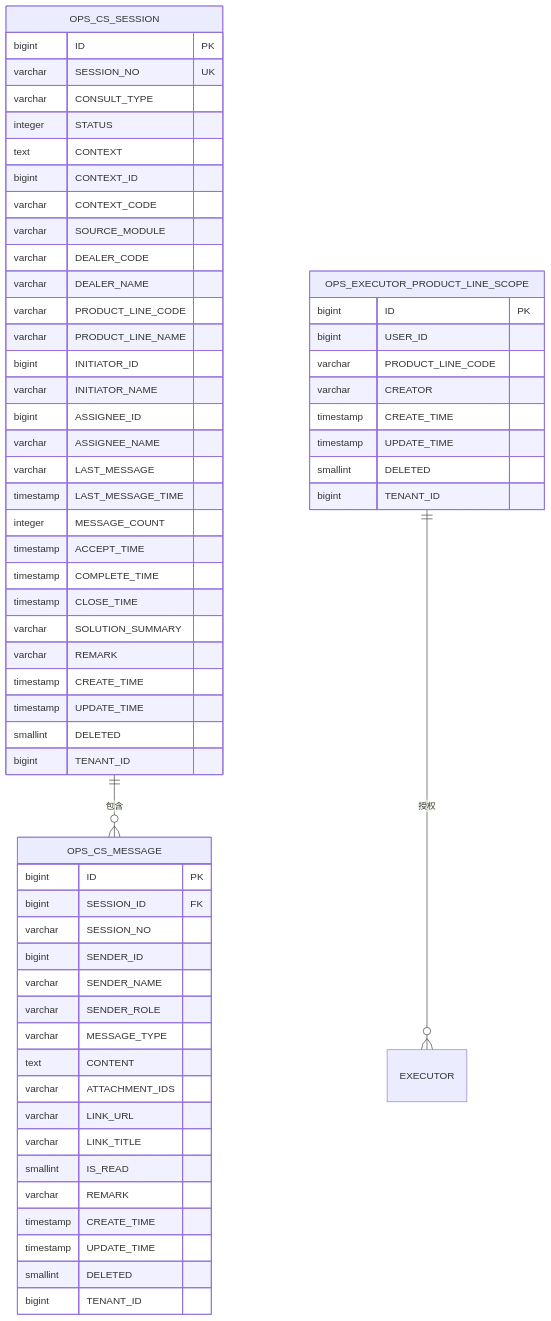
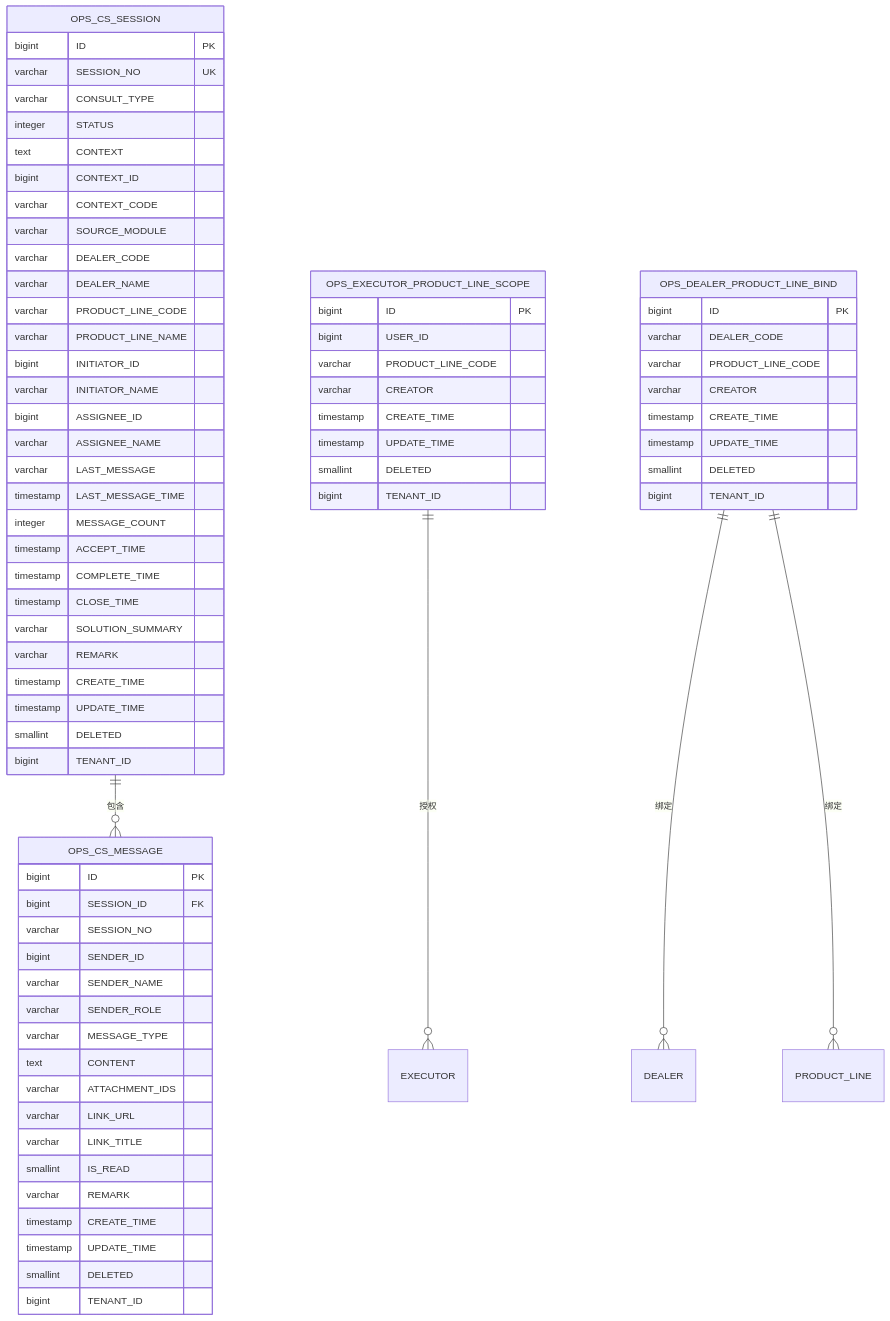
Diagram 27 of 48 in .qoder/repowiki/zh/content/核心模块/客户服务模块.md (xiaoche80s-tech/rouyi-vue-pro), drawn with Mermaid before and after one commit. The commit also changed other lines of this file and 977 other files, not shown here.

````diff
--- a/.qoder/repowiki/zh/content/核心模块/客户服务模块.md
+++ b/.qoder/repowiki/zh/content/核心模块/客户服务模块.md
@@ -1420,64 +1548,76 @@
 ```mermaid
 erDiagram
 OPS_CS_SESSION {
 bigint ID PK
 varchar SESSION_NO UK
 varchar CONSULT_TYPE
 integer STATUS
 text CONTEXT
 bigint CONTEXT_ID
 varchar CONTEXT_CODE
 varchar SOURCE_MODULE
 varchar DEALER_CODE
 varchar DEALER_NAME
 varchar PRODUCT_LINE_CODE
 varchar PRODUCT_LINE_NAME
 bigint INITIATOR_ID
 varchar INITIATOR_NAME
 bigint ASSIGNEE_ID
 varchar ASSIGNEE_NAME
 varchar LAST_MESSAGE
 timestamp LAST_MESSAGE_TIME
 integer MESSAGE_COUNT
 timestamp ACCEPT_TIME
 timestamp COMPLETE_TIME
 timestamp CLOSE_TIME
 varchar SOLUTION_SUMMARY
 varchar REMARK
 timestamp CREATE_TIME
 timestamp UPDATE_TIME
 smallint DELETED
 bigint TENANT_ID
 }
 OPS_CS_MESSAGE {
 bigint ID PK
 bigint SESSION_ID FK
 varchar SESSION_NO
 bigint SENDER_ID
 varchar SENDER_NAME
 varchar SENDER_ROLE
 varchar MESSAGE_TYPE
 text CONTENT
 varchar ATTACHMENT_IDS
 varchar LINK_URL
 varchar LINK_TITLE
 smallint IS_READ
 varchar REMARK
 timestamp CREATE_TIME
 timestamp UPDATE_TIME
 smallint DELETED
 bigint TENANT_ID
 }
 OPS_EXECUTOR_PRODUCT_LINE_SCOPE {
 bigint ID PK
 bigint USER_ID
 varchar PRODUCT_LINE_CODE
 varchar CREATOR
 timestamp CREATE_TIME
 timestamp UPDATE_TIME
 smallint DELETED
 bigint TENANT_ID
 }
+OPS_DEALER_PRODUCT_LINE_BIND {
+bigint ID PK
+varchar DEALER_CODE
+varchar PRODUCT_LINE_CODE
+varchar CREATOR
+timestamp CREATE_TIME
+timestamp UPDATE_TIME
+smallint DELETED
+bigint TENANT_ID
+}
 OPS_CS_SESSION ||--o{ OPS_CS_MESSAGE : "包含"
 OPS_EXECUTOR_PRODUCT_LINE_SCOPE ||--o{ EXECUTOR : "授权"
+OPS_DEALER_PRODUCT_LINE_BIND ||--o{ DEALER : "绑定"
+OPS_DEALER_PRODUCT_LINE_BIND ||--o{ PRODUCT_LINE : "绑定"
 ```
````
